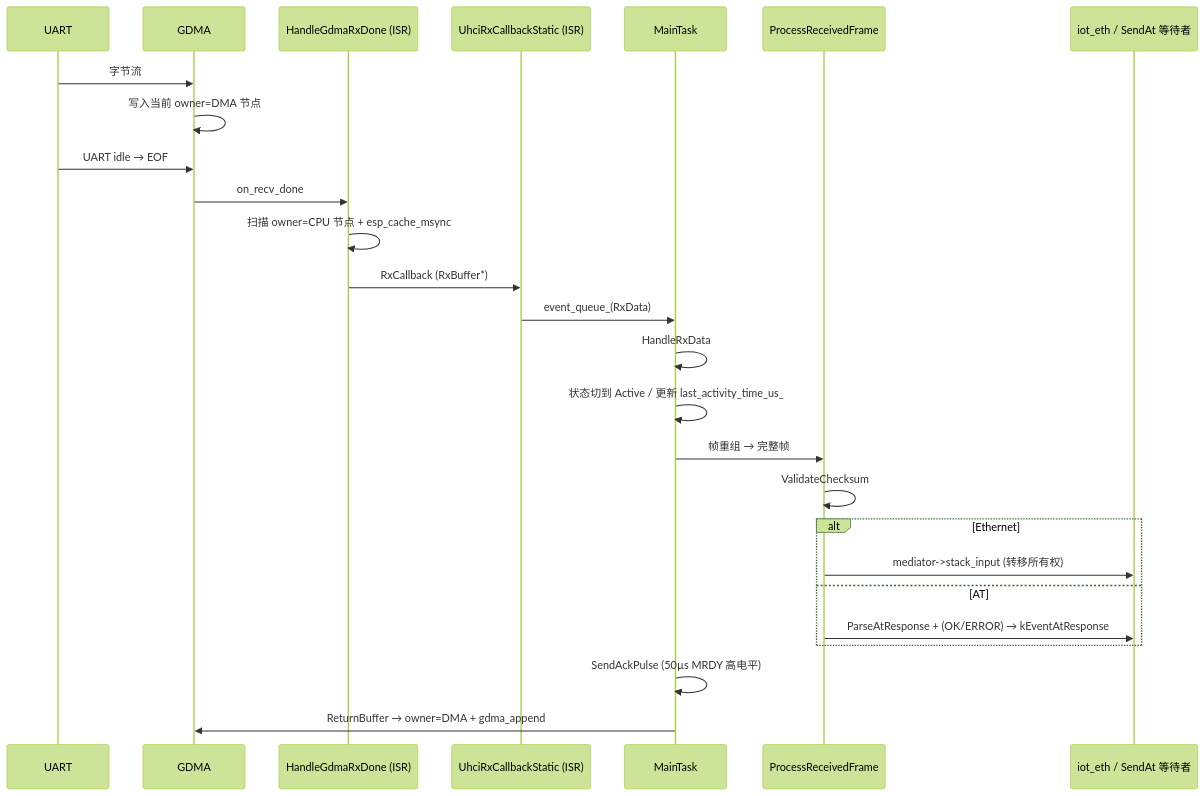
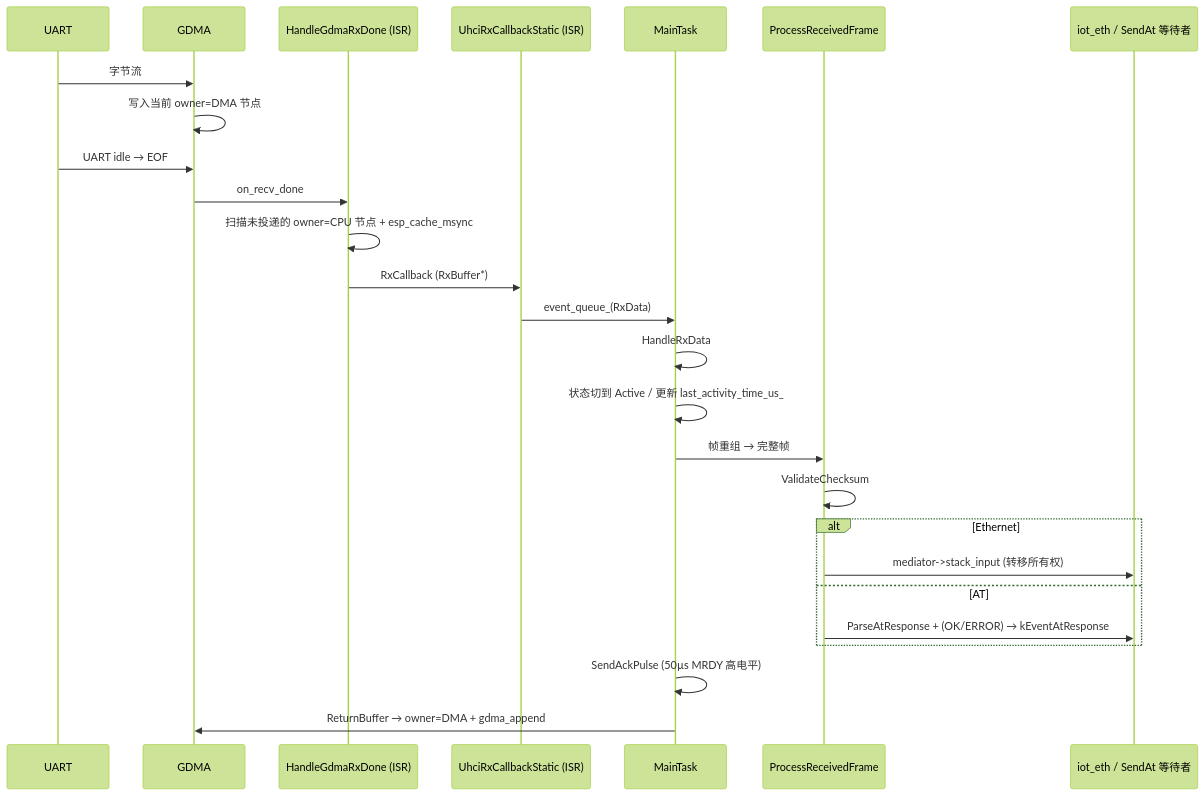
Before and after one commit to 78/uart-eth-modem: diagram 16 of 22 in WORKING_PRINCIPLE.md, drawn with Mermaid (forest theme). The commit also changed other lines of this file and 18 other files, not shown here.

````diff
--- a/WORKING_PRINCIPLE.md
+++ b/WORKING_PRINCIPLE.md
@@ -628,30 +630,30 @@
 ```mermaid
 sequenceDiagram
     participant HW as UART
     participant DMA as GDMA
     participant ISR as HandleGdmaRxDone (ISR)
     participant CB as UhciRxCallbackStatic (ISR)
     participant MAIN as MainTask
     participant FRAME as ProcessReceivedFrame
     participant APP as iot_eth / SendAt 等待者
 
     HW->>DMA: 字节流
     DMA->>DMA: 写入当前 owner=DMA 节点
     HW->>DMA: UART idle → EOF
     DMA->>ISR: on_recv_done
-    ISR->>ISR: 扫描 owner=CPU 节点 + esp_cache_msync
+    ISR->>ISR: 扫描未投递的 owner=CPU 节点 + esp_cache_msync
     ISR->>CB: RxCallback (RxBuffer*)
     CB->>MAIN: event_queue_(RxData)
 
     MAIN->>MAIN: HandleRxData
     MAIN->>MAIN: 状态切到 Active / 更新 last_activity_time_us_
     MAIN->>FRAME: 帧重组 → 完整帧
     FRAME->>FRAME: ValidateChecksum
     alt Ethernet
         FRAME->>APP: mediator->stack_input (转移所有权)
     else AT
         FRAME->>APP: ParseAtResponse + (OK/ERROR) → kEventAtResponse
     end
     MAIN->>MAIN: SendAckPulse (50µs MRDY 高电平)
     MAIN->>DMA: ReturnBuffer → owner=DMA + gdma_append
 ```
````
